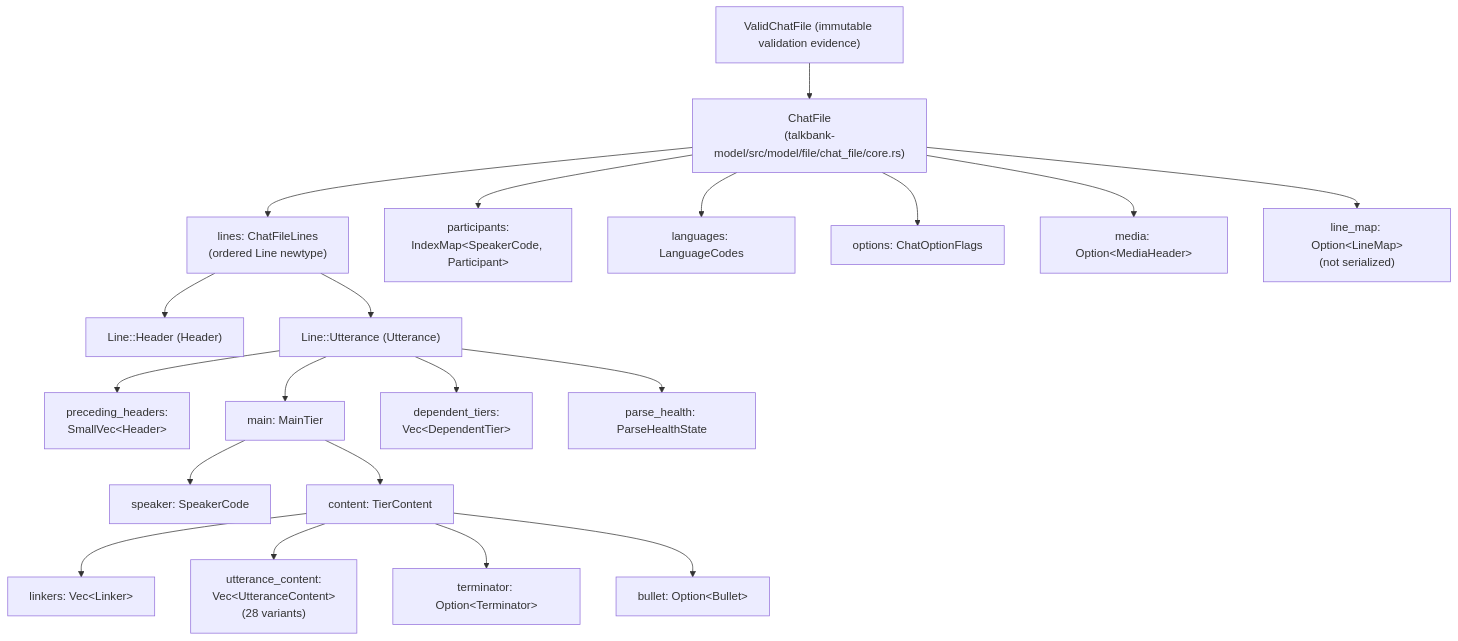
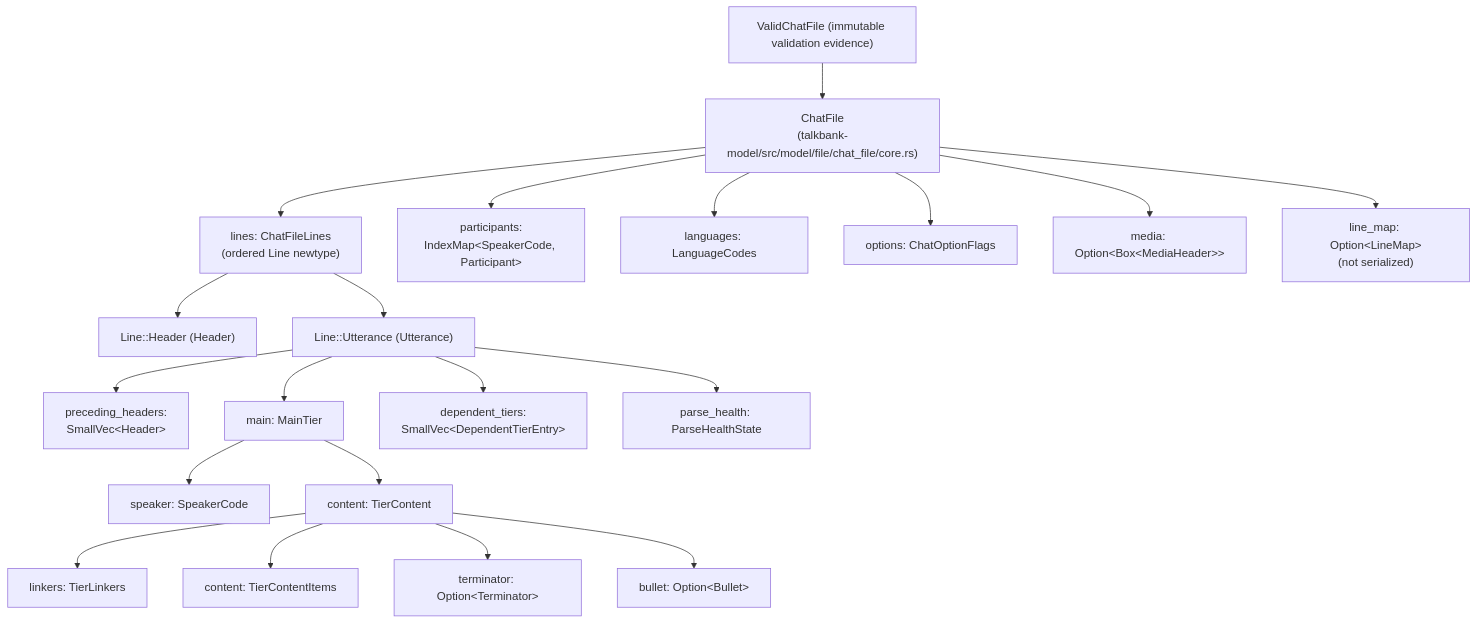
Before and after one commit to TalkBank/chatter: the first of 3 diagrams in book/src/architecture/chat-model/chat-model.md, drawn with Mermaid. The commit also changed other lines of this file and 950 other files, not shown here.

````diff
--- a/book/src/architecture/chat-model/chat-model.md
+++ b/book/src/architecture/chat-model/chat-model.md
@@ -73,26 +75,26 @@
 ```mermaid
 flowchart TD
     chatfile["ChatFile\n(talkbank-model/src/model/file/chat_file/core.rs)"]
     valid["ValidChatFile (immutable validation evidence)"] --> chatfile
     chatfile --> lines["lines: ChatFileLines\n(ordered Line newtype)"]
     chatfile --> participants["participants:\nIndexMap&lt;SpeakerCode, Participant&gt;"]
     chatfile --> languages["languages: LanguageCodes"]
     chatfile --> options["options: ChatOptionFlags"]
-    chatfile --> media["media: Option&lt;MediaHeader&gt;"]
+    chatfile --> media["media: Option&lt;Box&lt;MediaHeader&gt;&gt;"]
     chatfile --> line_map["line_map: Option&lt;LineMap&gt;\n(not serialized)"]
 
     lines --> header_line["Line::Header (Header)"]
     lines --> utt_line["Line::Utterance (Utterance)"]
 
     utt_line --> preceding["preceding_headers:\nSmallVec&lt;Header&gt;"]
     utt_line --> main["main: MainTier"]
-    utt_line --> deptiers["dependent_tiers:\nVec&lt;DependentTier&gt;"]
+    utt_line --> deptiers["dependent_tiers:\nSmallVec&lt;DependentTierEntry&gt;"]
     utt_line --> health["parse_health: ParseHealthState"]
 
     main --> speaker["speaker: SpeakerCode"]
     main --> tiercontent["content: TierContent"]
-    tiercontent --> linkers["linkers: Vec&lt;Linker&gt;"]
-    tiercontent --> uttcontent["utterance_content:\nVec&lt;UtteranceContent&gt;\n(28 variants)"]
+    tiercontent --> linkers["linkers: TierLinkers"]
+    tiercontent --> uttcontent["content: TierContentItems"]
     tiercontent --> terminator["terminator: Option&lt;Terminator&gt;"]
     tiercontent --> bullet["bullet: Option&lt;Bullet&gt;"]
 ```
````
